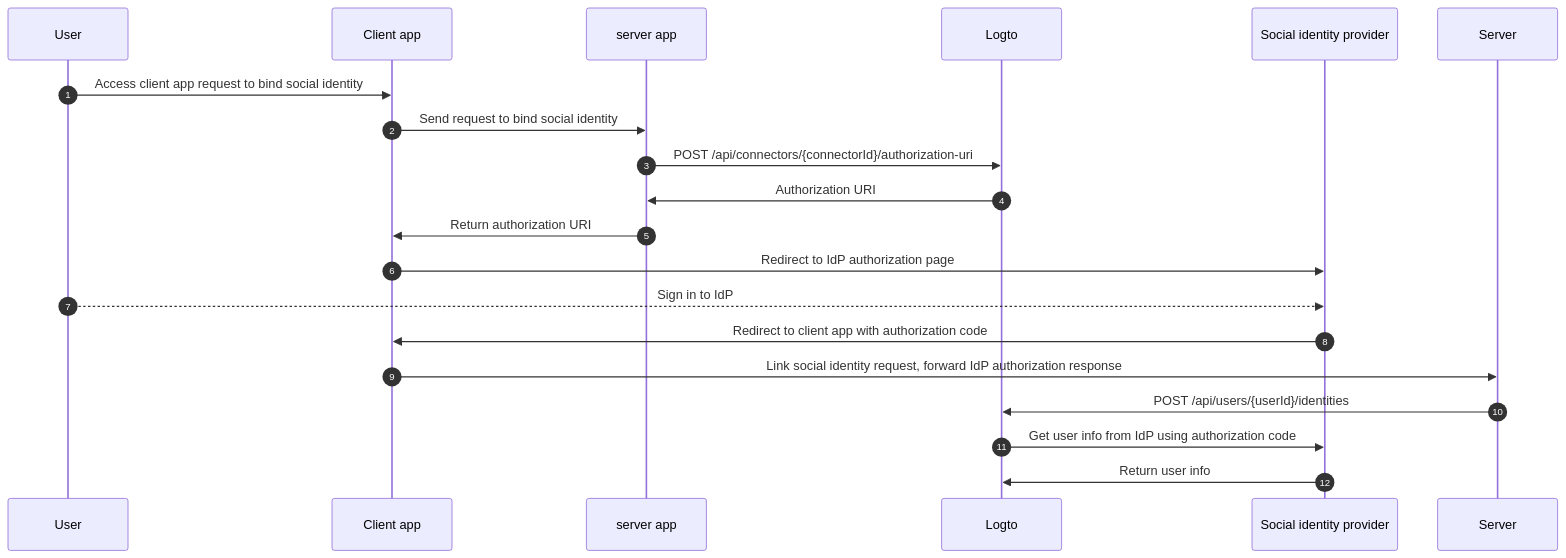
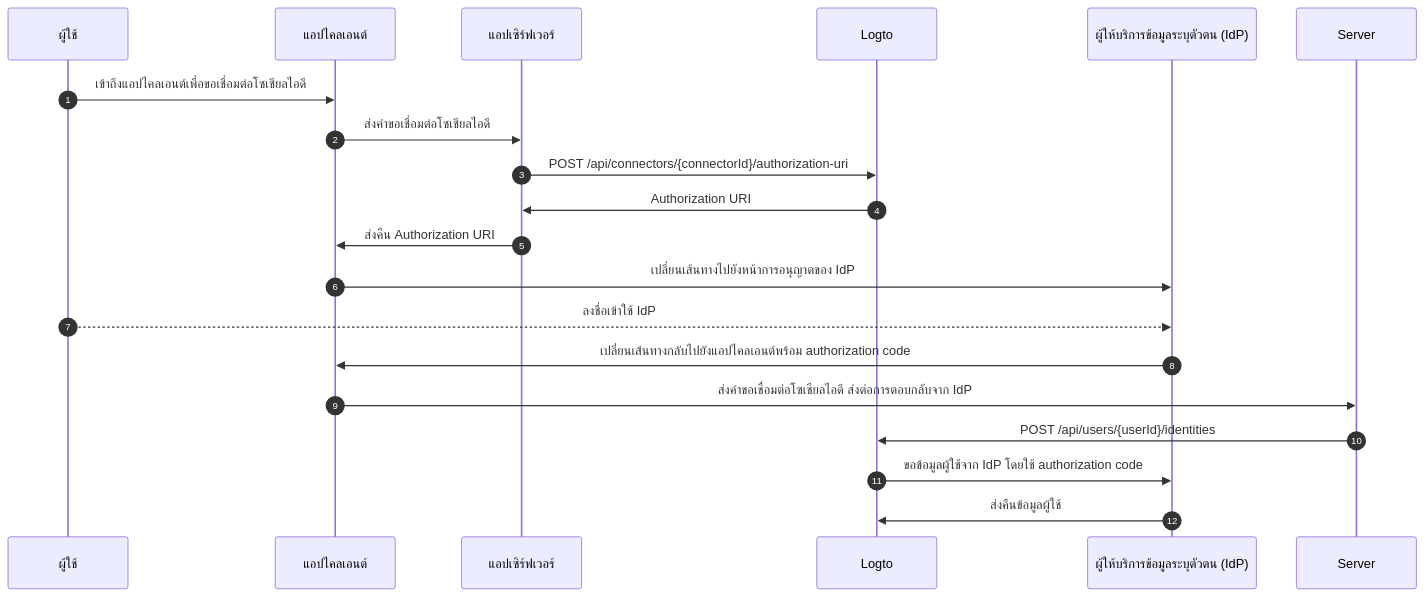
Before and after one commit to logto-io/docs: the third of 3 diagrams in i18n/th/docusaurus-plugin-content-docs/current/end-user-flows/account-settings/by-management-api.mdx, drawn with Mermaid. The commit also changed other lines of this file and 80 other files, not shown here.

````diff
--- a/i18n/th/docusaurus-plugin-content-docs/current/end-user-flows/account-settings/by-management-api.mdx
+++ b/i18n/th/docusaurus-plugin-content-docs/current/end-user-flows/account-settings/by-management-api.mdx
@@ -120,22 +120,22 @@
 ```mermaid
 sequenceDiagram
     autoNumber
-    participant User as User
-    participant Client as Client app
-    participant App as server app
+    participant User as ผู้ใช้
+    participant Client as แอปไคลเอนต์
+    participant App as แอปเซิร์ฟเวอร์
     participant Logto as Logto
-    participant IdP as Social identity provider
+    participant IdP as ผู้ให้บริการข้อมูลระบุตัวตน (IdP)
 
-    User ->> Client: Access client app request to bind social identity
-    Client ->> App: Send request to bind social identity
+    User ->> Client: เข้าถึงแอปไคลเอนต์เพื่อขอเชื่อมต่อโซเชียลไอดี
+    Client ->> App: ส่งคำขอเชื่อมต่อโซเชียลไอดี
     App ->> Logto: POST /api/connectors/{connectorId}/authorization-uri
     Logto ->> App: Authorization URI
-    App ->> Client: Return authorization URI
-    Client ->> IdP: Redirect to IdP authorization page
-    User -->> IdP: Sign in to IdP
-    IdP ->> Client: Redirect to client app with authorization code
-    Client ->> Server: Link social identity request, forward IdP authorization response
+    App ->> Client: ส่งคืน Authorization URI
+    Client ->> IdP: เปลี่ยนเส้นทางไปยังหน้าการอนุญาตของ IdP
+    User -->> IdP: ลงชื่อเข้าใช้ IdP
+    IdP ->> Client: เปลี่ยนเส้นทางกลับไปยังแอปไคลเอนต์พร้อม authorization code
+    Client ->> Server: ส่งคำขอเชื่อมต่อโซเชียลไอดี ส่งต่อการตอบกลับจาก IdP
     Server ->> Logto: POST /api/users/{userId}/identities
-    Logto ->> IdP: Get user info from IdP using authorization code
-    IdP ->> Logto: Return user info
+    Logto ->> IdP: ขอข้อมูลผู้ใช้จาก IdP โดยใช้ authorization code
+    IdP ->> Logto: ส่งคืนข้อมูลผู้ใช้
 ```
````
